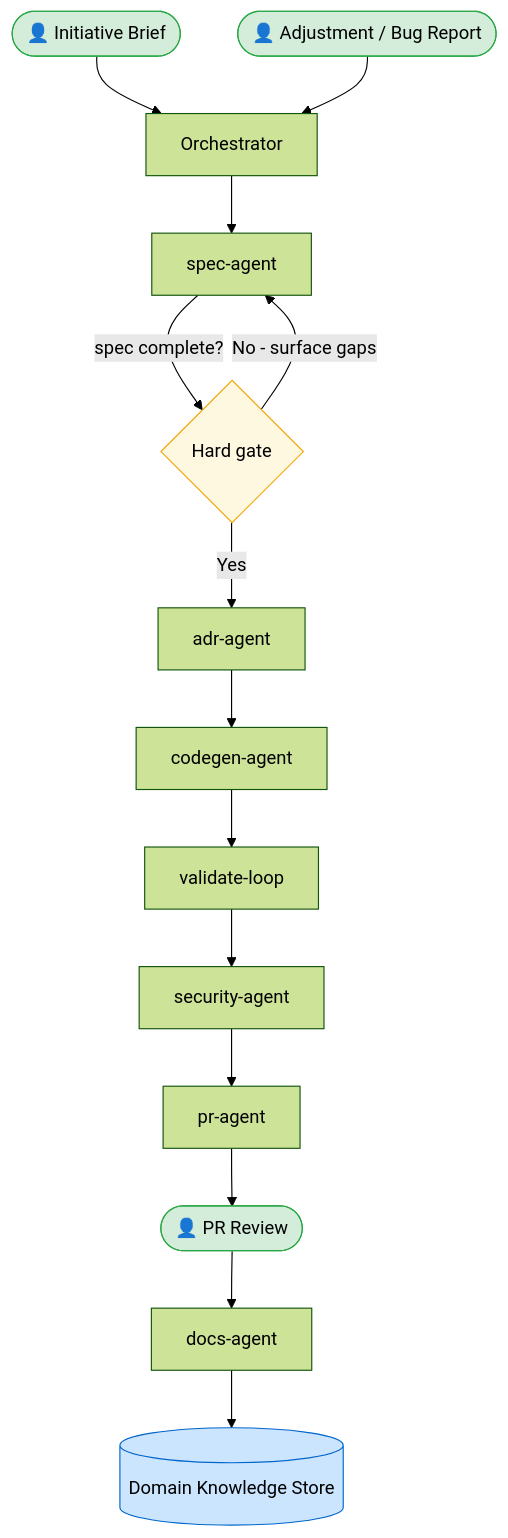
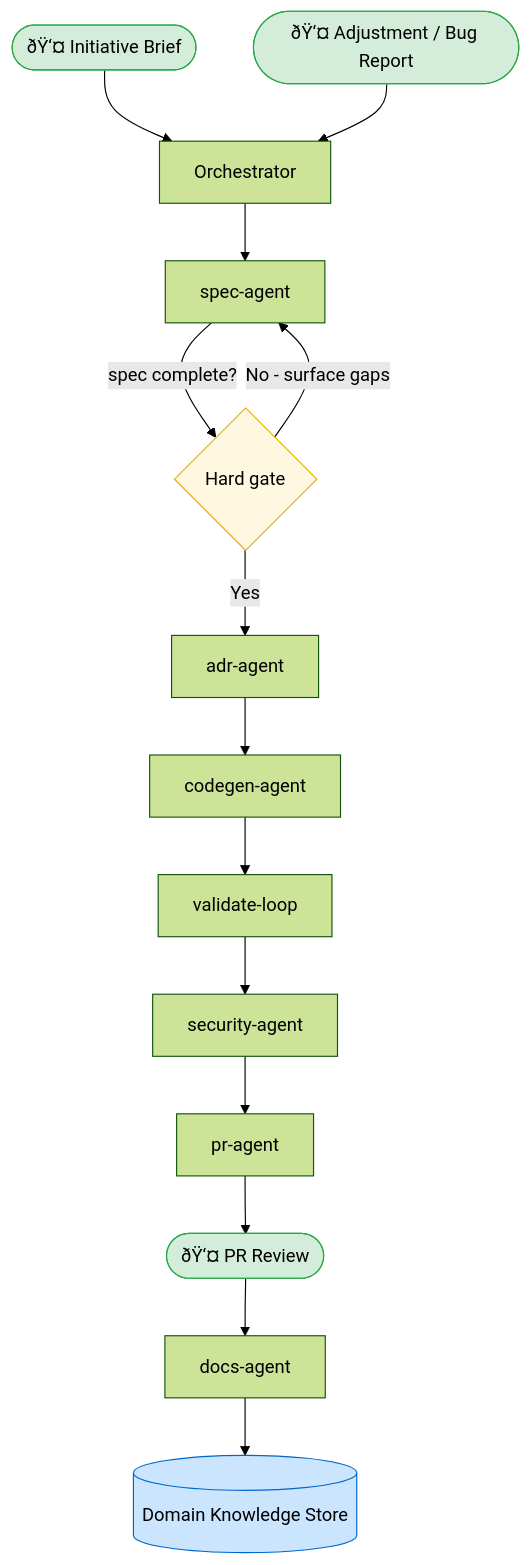
The first of 5 diagrams in planifest-docs/p001-planifest-master-plan.md (planifest/planifest-website), drawn with Mermaid (forest theme) before and after one commit. The commit also changed other lines of this file and 3 other files, not shown here.

````diff
--- a/planifest-docs/p001-planifest-master-plan.md
+++ b/planifest-docs/p001-planifest-master-plan.md
@@ -66,23 +66,23 @@
 ```mermaid
 flowchart TD
-    A([👤 Initiative Brief]) --> ORCH[Orchestrator]
-    Z([👤 Adjustment / Bug Report]) --> ORCH
+    A([ðŸ‘¤ Initiative Brief]) --> ORCH[Orchestrator]
+    Z([ðŸ‘¤ Adjustment / Bug Report]) --> ORCH
 
     ORCH --> SA[spec-agent]
     SA -->|spec complete?| GATE1{Hard gate}
     GATE1 -->|No - surface gaps| SA
     GATE1 -->|Yes| AA[adr-agent]
     AA --> CA[codegen-agent]
     CA --> VA[validate-loop]
     VA --> SEC[security-agent]
     SEC --> PRA[pr-agent]
-    PRA --> HGATE([👤 PR Review])
+    PRA --> HGATE([ðŸ‘¤ PR Review])
     HGATE --> DA[docs-agent]
     DA --> DKS[(Domain Knowledge Store)]
 
     style A fill:#d4edda,stroke:#28a745,color:#000
     style Z fill:#d4edda,stroke:#28a745,color:#000
     style HGATE fill:#d4edda,stroke:#28a745,color:#000
     style GATE1 fill:#fff8e1,stroke:#f0a500
     style DKS fill:#cce5ff,stroke:#0066cc
 ```
````
